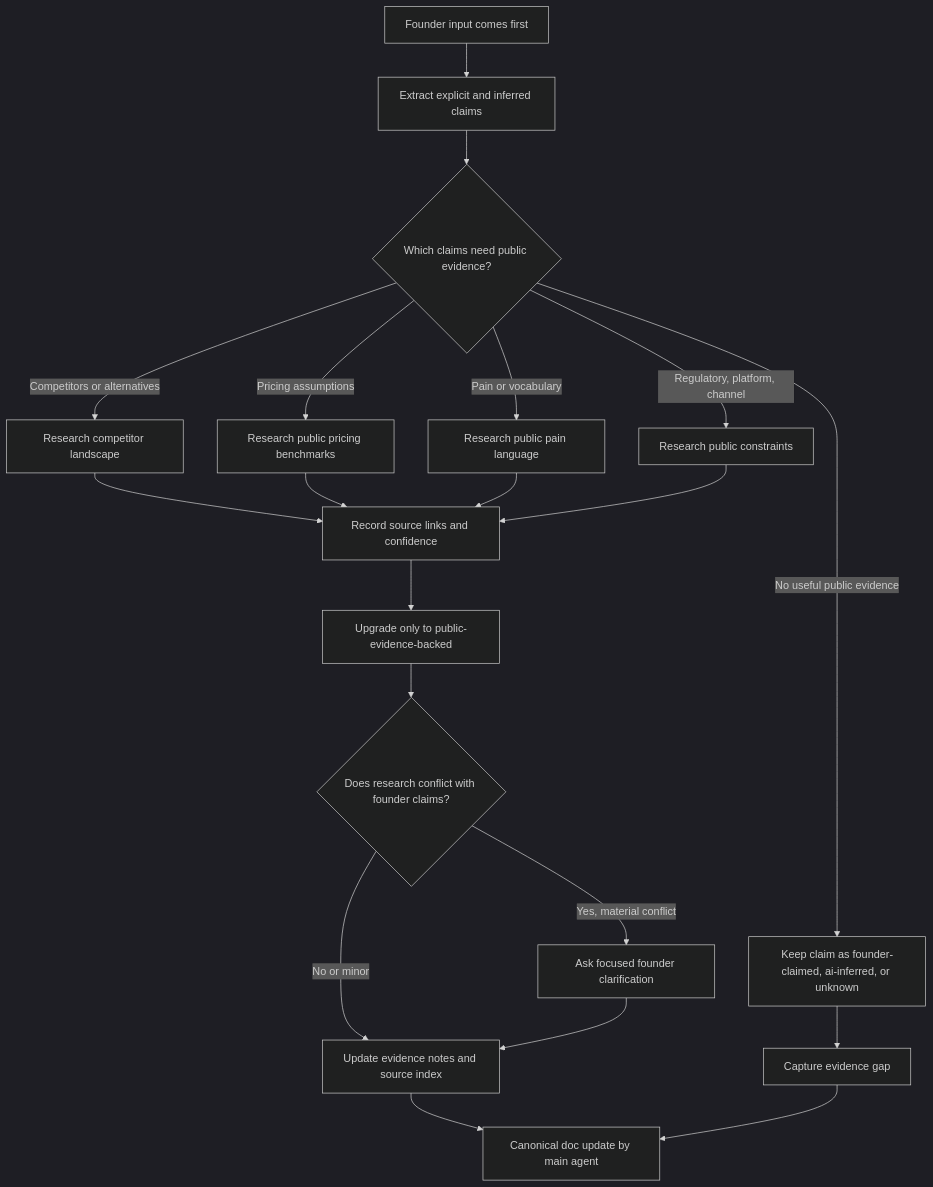
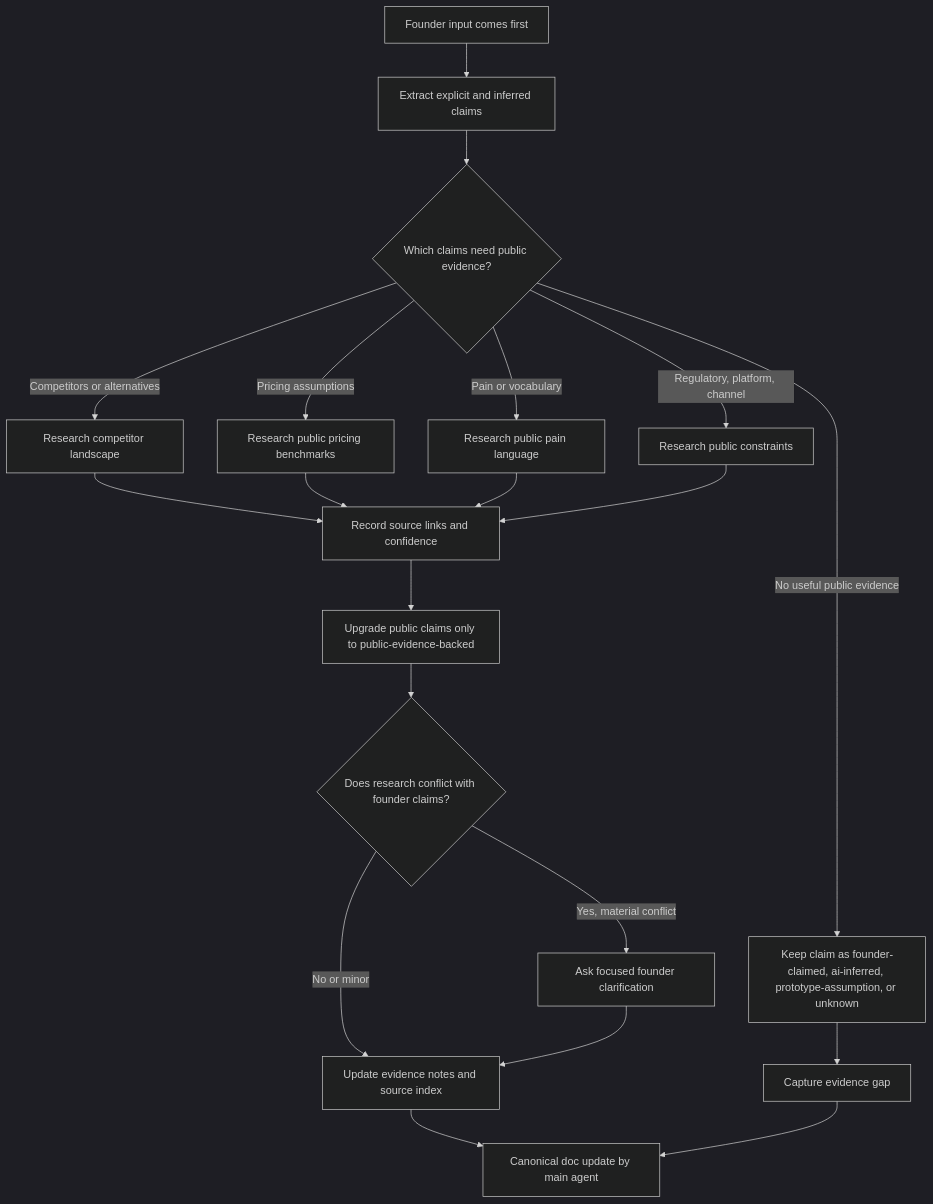
The second of 8 diagrams in agent-skills-flow-diagrams.md (pax-k/build-right), drawn with Mermaid (dark theme) before and after one commit. The commit also changed other lines of this file and 46 other files, not shown here.

````diff
--- a/agent-skills-flow-diagrams.md
+++ b/agent-skills-flow-diagrams.md
@@ -70,28 +74,28 @@
 ```mermaid
 flowchart TD
   A["Founder input comes first"] --> B["Extract explicit and inferred claims"]
   B --> C{"Which claims need public evidence?"}
 
   C -->|"Competitors or alternatives"| D["Research competitor landscape"]
   C -->|"Pricing assumptions"| E["Research public pricing benchmarks"]
   C -->|"Pain or vocabulary"| F["Research public pain language"]
   C -->|"Regulatory, platform, channel"| G["Research public constraints"]
-  C -->|"No useful public evidence"| H["Keep claim as founder-claimed, ai-inferred, or unknown"]
+  C -->|"No useful public evidence"| H["Keep claim as founder-claimed, ai-inferred, prototype-assumption, or unknown"]
 
   D --> I["Record source links and confidence"]
   E --> I
   F --> I
   G --> I
 
-  I --> J["Upgrade only to public-evidence-backed"]
+  I --> J["Upgrade public claims only to public-evidence-backed"]
   J --> K{"Does research conflict with founder claims?"}
 
   K -->|"Yes, material conflict"| L["Ask focused founder clarification"]
   K -->|"No or minor"| M["Update evidence notes and source index"]
 
   L --> M
   M --> N["Canonical doc update by main agent"]
 
   H --> O["Capture evidence gap"]
   O --> N
 ```
````
